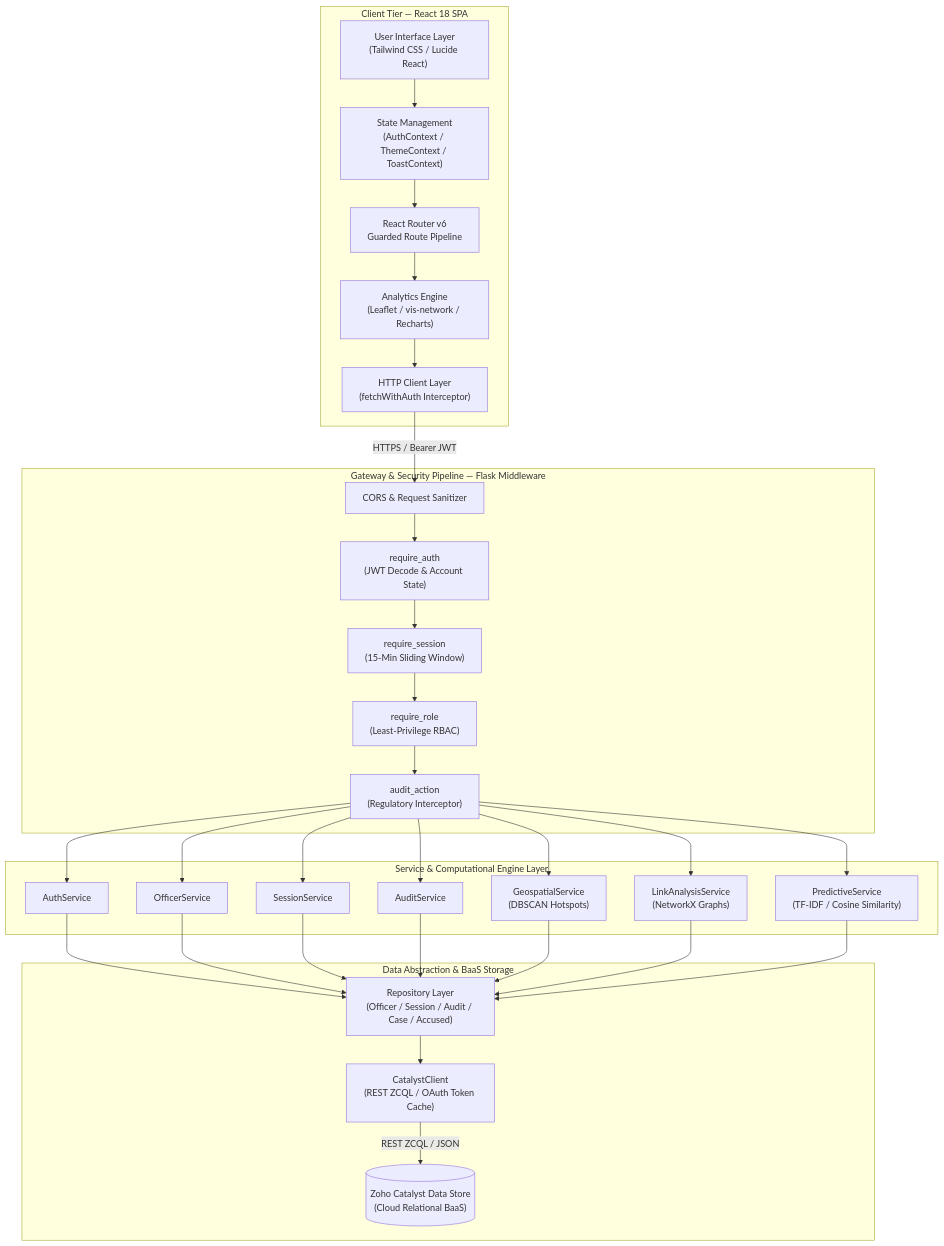
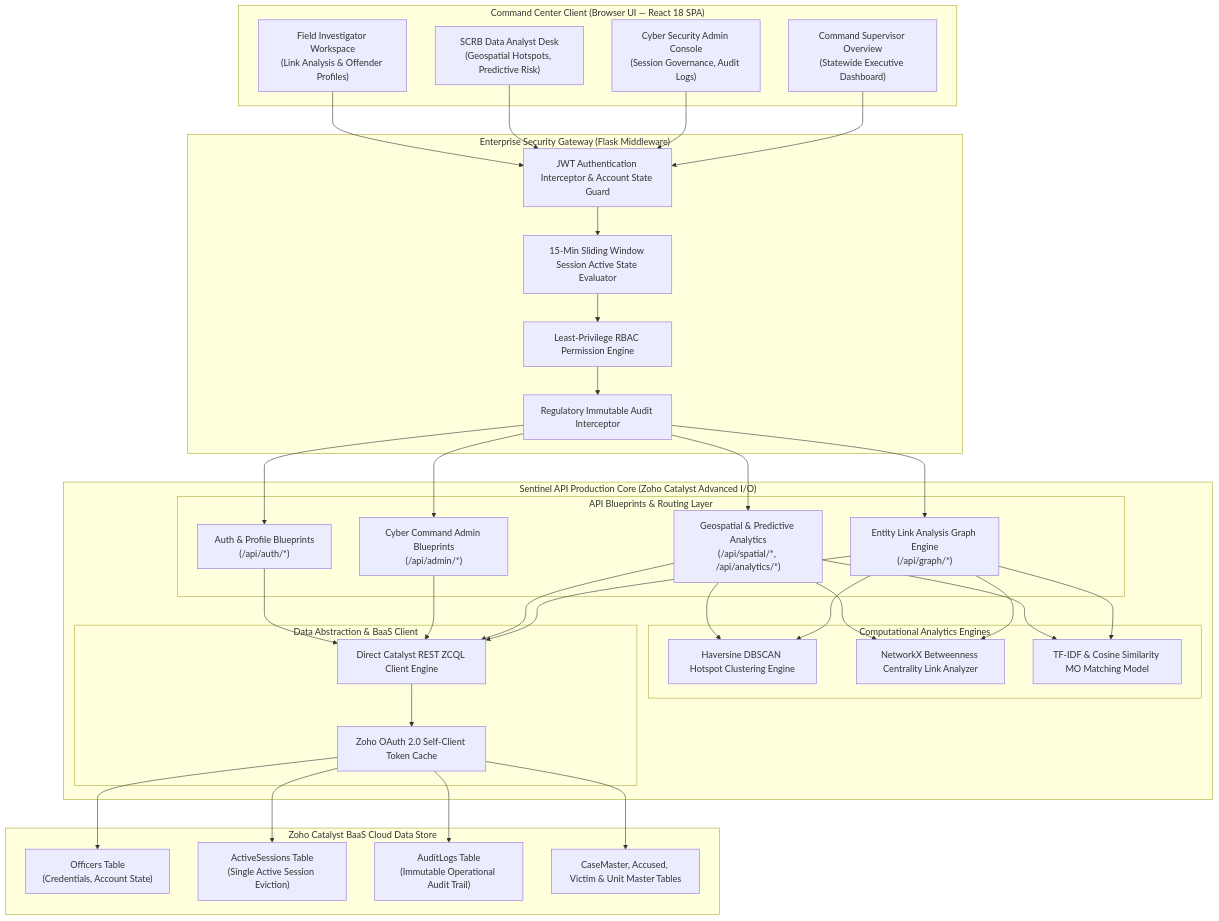
The first of 4 diagrams in README.md (Abhirupmandal/Sentinel-KSP), drawn with Mermaid before and after one commit. The commit also changed other lines of this file and 1 other file, not shown here.

Commit message:
docs: overhaul HLD and README architecture diagrams to match enterprise reference style

````diff
--- a/README.md
+++ b/README.md
@@ -508,64 +19,58 @@
 ```mermaid
 graph TD
-    subgraph Client_Tier ["Client Tier — React 18 SPA"]
-        UI["User Interface Layer<br/>(Tailwind CSS / Lucide React)"]
-        State["State Management<br/>(AuthContext / ThemeContext / ToastContext)"]
-        Router["React Router v6<br/>Guarded Route Pipeline"]
-        Viz["Analytics Engine<br/>(Leaflet / vis-network / Recharts)"]
-        ClientAPI["HTTP Client Layer<br/>(fetchWithAuth Interceptor)"]
-
-        UI --> State
-        State --> Router
-        Router --> Viz
-        Viz --> ClientAPI
+    %% Roles & Access Workspaces
+    subgraph ClientDesk ["Command Center Client (Browser UI — React 18 SPA)"]
+        FieldUI["Field Investigator Workspace<br/>(Link Analysis & Offender Profiles)"]
+        AnalystUI["SCRB Data Analyst Desk<br/>(Geospatial Hotspots, Predictive Risk)"]
+        AdminUI["Cyber Security Admin Console<br/>(Session Governance, Audit Logs)"]
+        SuperUI["Command Supervisor Overview<br/>(Statewide Executive Dashboard)"]
     end
 
-    subgraph Gateway_Tier ["Gateway & Security Pipeline — Flask Middleware"]
-        Cors["CORS & Request Sanitizer"]
-        AuthMw["require_auth<br/>(JWT Decode & Account State)"]
-        SessMw["require_session<br/>(15-Min Sliding Window)"]
-        RbacMw["require_role<br/>(Least-Privilege RBAC)"]
-        AuditMw["audit_action<br/>(Regulatory Interceptor)"]
-
-        ClientAPI -->|HTTPS / Bearer JWT| Cors
-        Cors --> AuthMw
-        AuthMw --> SessMw
-        SessMw --> RbacMw
-        RbacMw --> AuditMw
+    %% Routing & Security Pipeline
+    subgraph SecurityGateway ["Enterprise Security Gateway (Flask Middleware)"]
+        JWTAuth["JWT Authentication Interceptor & Account State Guard"]
+        SessGuard["15-Min Sliding Window Session Active State Evaluator"]
+        RBACEngine["Least-Privilege RBAC Permission Engine"]
+        AuditLogger["Regulatory Immutable Audit Interceptor"]
     end
 
-    subgraph Service_Tier ["Service & Computational Engine Layer"]
-        AuthSvc["AuthService"]
-        OfficerSvc["OfficerService"]
-        SessSvc["SessionService"]
-        AuditSvc["AuditService"]
-        GeoSvc["GeospatialService<br/>(DBSCAN Hotspots)"]
-        LinkSvc["LinkAnalysisService<br/>(NetworkX Graphs)"]
-        PredSvc["PredictiveService<br/>(TF-IDF / Cosine Similarity)"]
+    %% Application Core & Services
+    subgraph SentinelCore ["Sentinel API Production Core (Zoho Catalyst Advanced I/O)"]
+        subgraph APIBlueprints ["API Blueprints & Routing Layer"]
+            AuthBP["Auth & Profile Blueprints<br/>(/api/auth/*)"]
+            AdminBP["Cyber Command Admin Blueprints<br/>(/api/admin/*)"]
+            AnalyticsBP["Geospatial & Predictive Analytics<br/>(/api/spatial/*, /api/analytics/*)"]
+            GraphBP["Entity Link Analysis Graph Engine<br/>(/api/graph/*)"]
+        end
+        
+        subgraph ComputationalEngines ["Computational Analytics Engines"]
+            SpatialDBSCAN["Haversine DBSCAN Hotspot Clustering Engine"]
+            NetworkGraph["NetworkX Betweenness Centrality Link Analyzer"]
+            TFIDFEngine["TF-IDF & Cosine Similarity MO Matching Model"]
+        end
 
-        AuditMw --> AuthSvc
-        AuditMw --> OfficerSvc
-        AuditMw --> SessSvc
-        AuditMw --> AuditSvc
-        AuditMw --> GeoSvc
-        AuditMw --> LinkSvc
-        AuditMw --> PredSvc
+        subgraph DataAbstraction ["Data Abstraction & BaaS Client"]
+            RestZCQL["Direct Catalyst REST ZCQL Client Engine"]
+            OAuthManager["Zoho OAuth 2.0 Self-Client Token Cache"]
+        end
     end
 
-    subgraph Persistence_Tier ["Data Abstraction & BaaS Storage"]
-        Repo["Repository Layer<br/>(Officer / Session / Audit / Case / Accused)"]
-        CatClient["CatalystClient<br/>(REST ZCQL / OAuth Token Cache)"]
-        CatDataStore[("Zoho Catalyst Data Store<br/>(Cloud Relational BaaS)")]
+    %% Persistence & Storage Layer
+    subgraph StorageBaaS ["Zoho Catalyst BaaS Cloud Data Store"]
+        OfficersTable["Officers Table<br/>(Credentials, Account State)"]
+        SessionsTable["ActiveSessions Table<br/>(Single Active Session Eviction)"]
+        AuditTable["AuditLogs Table<br/>(Immutable Operational Audit Trail)"]
+        CrimeTables["CaseMaster, Accused, Victim & Unit Master Tables"]
+    end
 
-        AuthSvc --> Repo
-        OfficerSvc --> Repo
-        SessSvc --> Repo
-        AuditSvc --> Repo
-        GeoSvc --> Repo
-        LinkSvc --> Repo
-        PredSvc --> Repo
-
-        Repo --> CatClient
-        CatClient -->|REST ZCQL / JSON| CatDataStore
-    end
+    %% Connections & Data Flow
+    FieldUI & AnalystUI & AdminUI & SuperUI --> JWTAuth
+    JWTAuth --> SessGuard
+    SessGuard --> RBACEngine
+    RBACEngine --> AuditLogger
+    AuditLogger --> AuthBP & AdminBP & AnalyticsBP & GraphBP
+    AnalyticsBP & GraphBP --> SpatialDBSCAN & NetworkGraph & TFIDFEngine
+    AuthBP & AdminBP & AnalyticsBP & GraphBP --> RestZCQL
+    RestZCQL --> OAuthManager
+    OAuthManager --> OfficersTable & SessionsTable & AuditTable & CrimeTables
 ```
````
